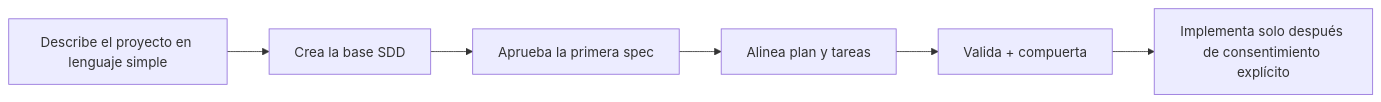
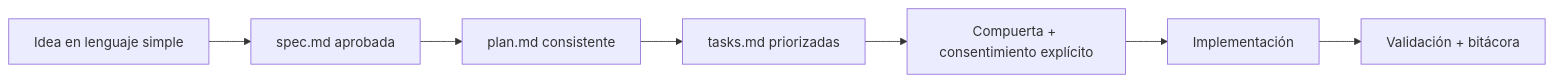
Before and after one commit to juanklagos/spec-driven-development-template: the first of 2 diagrams in README.es.md, drawn with Mermaid. The commit also changed other lines of this file and 2 other files, not shown here.

````diff
--- a/README.es.md
+++ b/README.es.md
@@ -79,8 +110,9 @@
 ```mermaid
 flowchart LR
-  A["Describe el proyecto en lenguaje simple"] --> B["Crea la base SDD"]
-  B --> C["Aprueba la primera spec"]
-  C --> D["Alinea plan y tareas"]
-  D --> E["Valida + compuerta"]
-  E --> F["Implementa solo después de consentimiento explícito"]
+  A["Idea en lenguaje simple"] --> B["spec.md aprobada"]
+  B --> C["plan.md consistente"]
+  C --> D["tasks.md priorizadas"]
+  D --> E["Compuerta + consentimiento explícito"]
+  E --> F["Implementación"]
+  F --> G["Validación + bitácora"]
 ```
````
